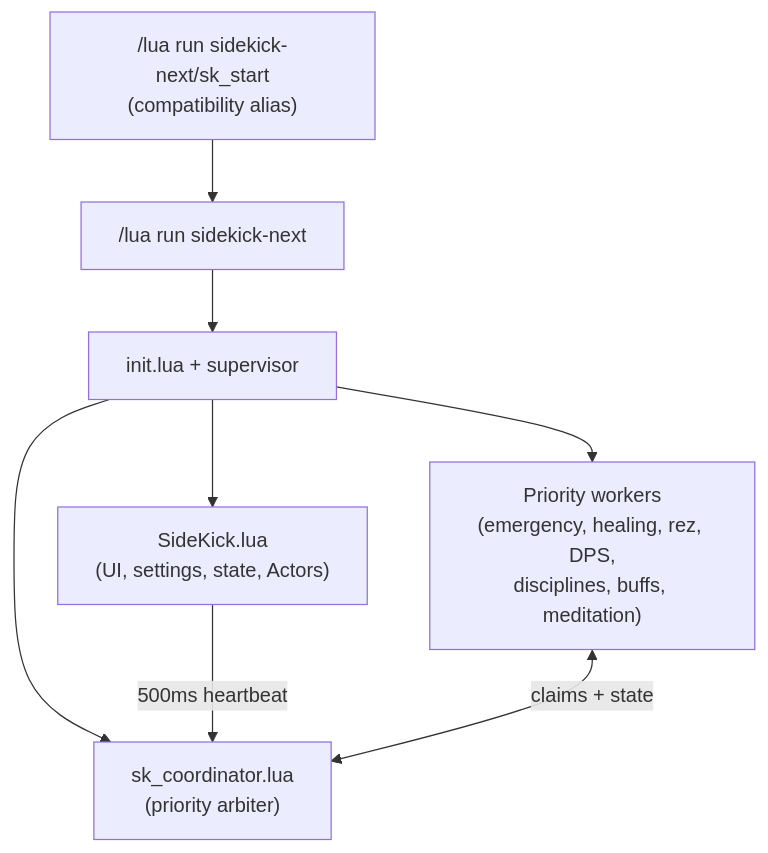
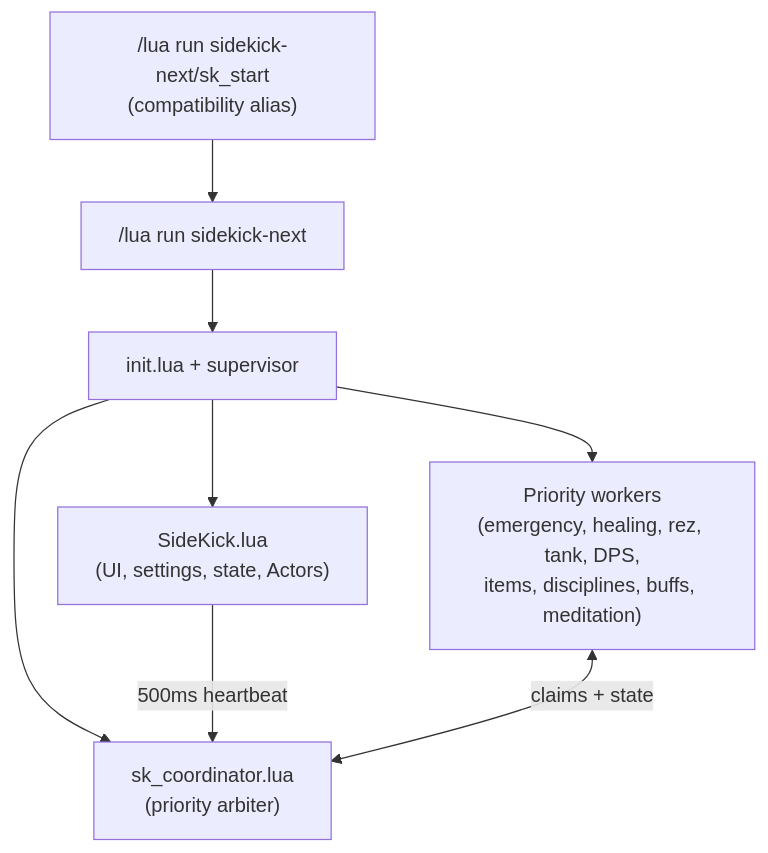
Before and after one commit to daly101010/sidekick-next: the second of 9 diagrams in docs/USER_GUIDE.md, drawn with Mermaid. The commit also changed other lines of this file and 4 other files, not shown here.

````diff
--- a/docs/USER_GUIDE.md
+++ b/docs/USER_GUIDE.md
@@ -606,17 +678,17 @@
 ```mermaid
 flowchart TD
     USER["/lua run sidekick-next"]
     USER2["/lua run sidekick-next/sk_start<br/>(compatibility alias)"]
     INIT["init.lua + supervisor"]
     COORD["sk_coordinator.lua<br/>(priority arbiter)"]
     UI["SideKick.lua<br/>(UI, settings, state, Actors)"]
-    WORKERS["Priority workers<br/>(emergency, healing, rez, DPS,<br/>disciplines, buffs, meditation)"]
+    WORKERS["Priority workers<br/>(emergency, healing, rez, tank, DPS,<br/>items, disciplines, buffs, meditation)"]
 
     USER --> INIT
     USER2 --> USER
     INIT --> COORD
     INIT --> WORKERS
     INIT --> UI
     UI -->|"500ms heartbeat"| COORD
     WORKERS <-->|"claims + state"| COORD
 ```
````
